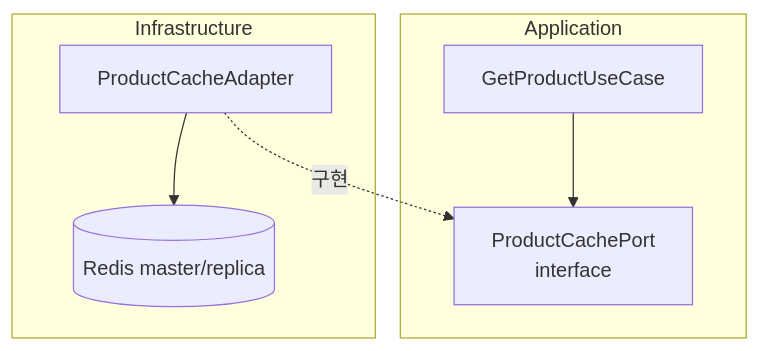
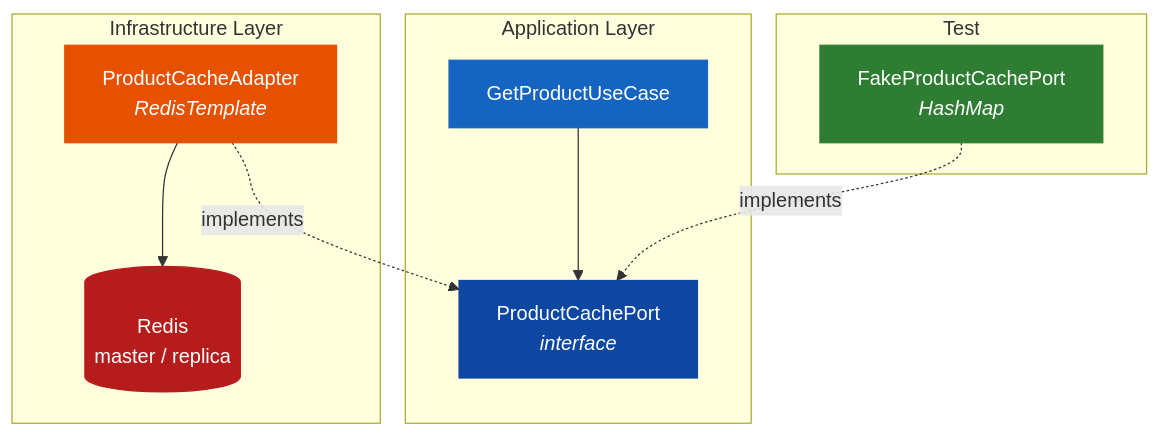
The fifth of 10 diagrams in contents/posts/roopers/technical-writing/round5/index.md (hyungkishin/hyungkishin.github.io), drawn with Mermaid before and after one commit. The commit also changed other lines of this file, not shown here.

````diff
--- a/contents/posts/roopers/technical-writing/round5/index.md
+++ b/contents/posts/roopers/technical-writing/round5/index.md
@@ -181,15 +299,25 @@
 ```mermaid
 graph TB
-    subgraph Application
-        UC[GetProductUseCase]
-        PORT[ProductCachePort<br/>interface]
+    subgraph "Application Layer"
+        UC["GetProductUseCase"]
+        PORT["ProductCachePort<br/><i>interface</i>"]
     end
-    subgraph Infrastructure
-        ADAPTER[ProductCacheAdapter]
-        REDIS[(Redis master/replica)]
+    subgraph "Infrastructure Layer"
+        ADAPTER["ProductCacheAdapter<br/><i>RedisTemplate</i>"]
+        REDIS[("Redis<br/>master / replica")]
+    end
+    subgraph "Test"
+        FAKE["FakeProductCachePort<br/><i>HashMap</i>"]
     end
 
     UC --> PORT
-    ADAPTER -.->|구현| PORT
+    ADAPTER -.->|implements| PORT
+    FAKE -.->|implements| PORT
     ADAPTER --> REDIS
+
+    style UC fill:#1565c0,stroke:#1565c0,color:#fff
+    style PORT fill:#0d47a1,stroke:#0d47a1,color:#fff
+    style ADAPTER fill:#e65100,stroke:#e65100,color:#fff
+    style REDIS fill:#b71c1c,stroke:#b71c1c,color:#fff
+    style FAKE fill:#2e7d32,stroke:#2e7d32,color:#fff
 ```
````
